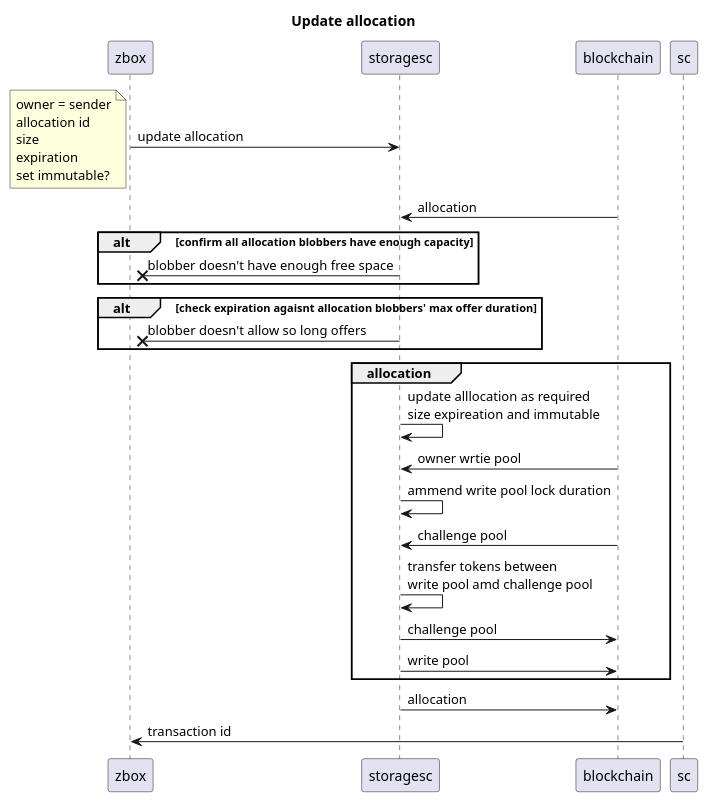
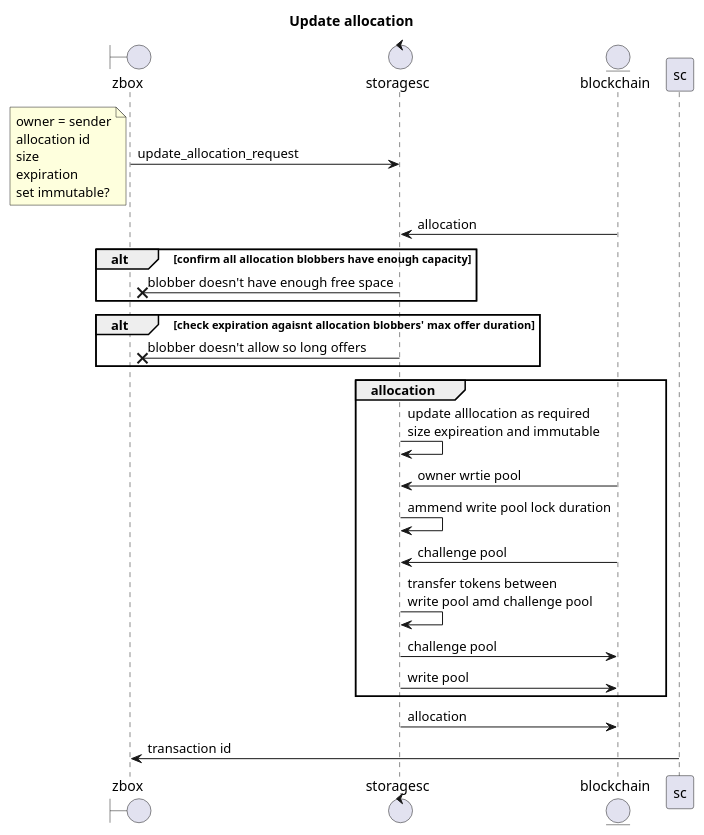
One commit to 0chain/zboxcli changed diagram 25 of 32 in documents/uml.md. Above: the diagram before and after it, drawn with PlantUML. The commit also changed other lines of this file and 1 other file, not shown here.

````diff
--- a/documents/uml.md
+++ b/documents/uml.md
@@ -588,29 +591,32 @@
 ```puml
 title Update allocation
-zbox ->storagesc: update allocation
+boundary zbox
+control storagesc
+entity blockchain
+zbox ->storagesc: update_allocation_request
 note left
     owner = sender
     allocation id
     size
     expiration
     set immutable?
 end note
     blockchain ->storagesc: allocation
     alt confirm all allocation blobbers have enough capacity
        storagesc->x zbox : blobber doesn't have enough free space
     end
     alt check expiration agaisnt allocation blobbers' max offer duration
        storagesc->x zbox : blobber doesn't allow so long offers
     end
     group allocation
        storagesc->storagesc: update alllocation as required\nsize expireation and immutable
         blockchain ->storagesc: owner wrtie pool
        storagesc->storagesc: ammend write pool lock duration
         blockchain ->storagesc: challenge pool
        storagesc->storagesc: transfer tokens between\nwrite pool amd challenge pool
        storagesc-> blockchain : challenge pool
        storagesc-> blockchain : write pool
     end
    storagesc-> blockchain : allocation
 sc -> zbox : transaction id
 ```
````
